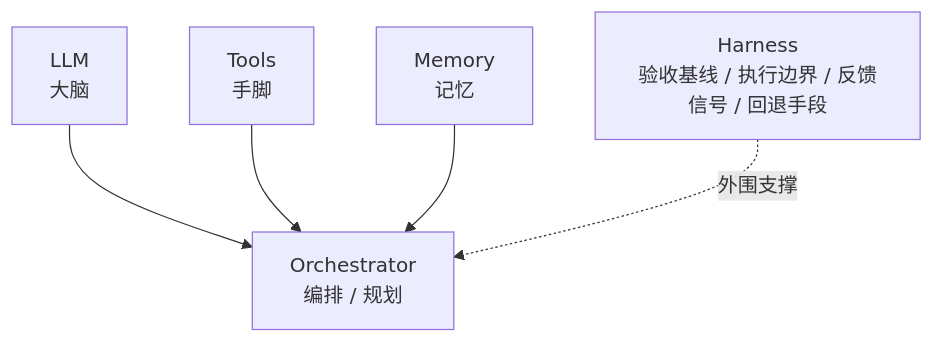
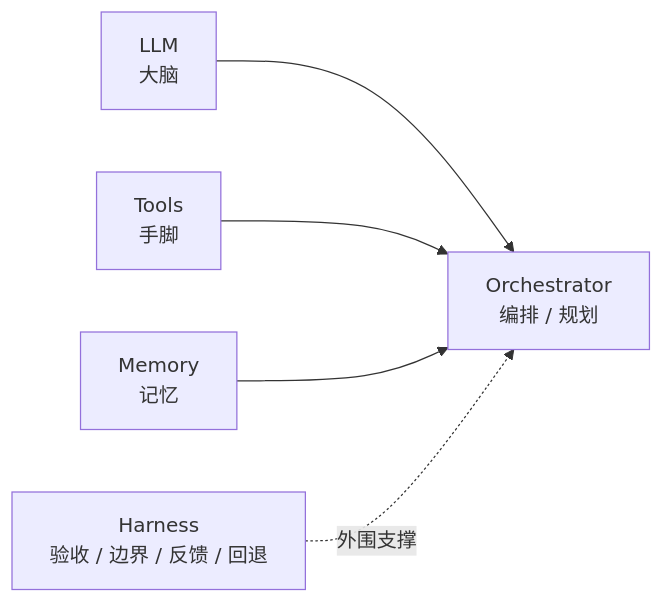
Before and after one commit to liuqitoday/personal-blog: the second of 8 diagrams in src/content/blog/ai-agent-chatbot-to-coding-agent.md, drawn with Mermaid. The commit also changed other lines of this file and 2 other files, not shown here.

Commit message:
Refine Mermaid diagram rendering and layouts

````diff
--- a/src/content/blog/ai-agent-chatbot-to-coding-agent.md
+++ b/src/content/blog/ai-agent-chatbot-to-coding-agent.md
@@ -125,8 +123,7 @@
 ```mermaid
-flowchart TB
-  O["Orchestrator<br/>编排 / 规划"]
-  L["LLM<br/>大脑"] --> O
+flowchart LR
+  L["LLM<br/>大脑"] --> O["Orchestrator<br/>编排 / 规划"]
   T["Tools<br/>手脚"] --> O
   M["Memory<br/>记忆"] --> O
-  H["Harness<br/>验收基线 / 执行边界 / 反馈信号 / 回退手段"] -. 外围支撑 .-> O
+  H["Harness<br/>验收 / 边界 / 反馈 / 回退"] -. 外围支撑 .-> O
 ```
````
